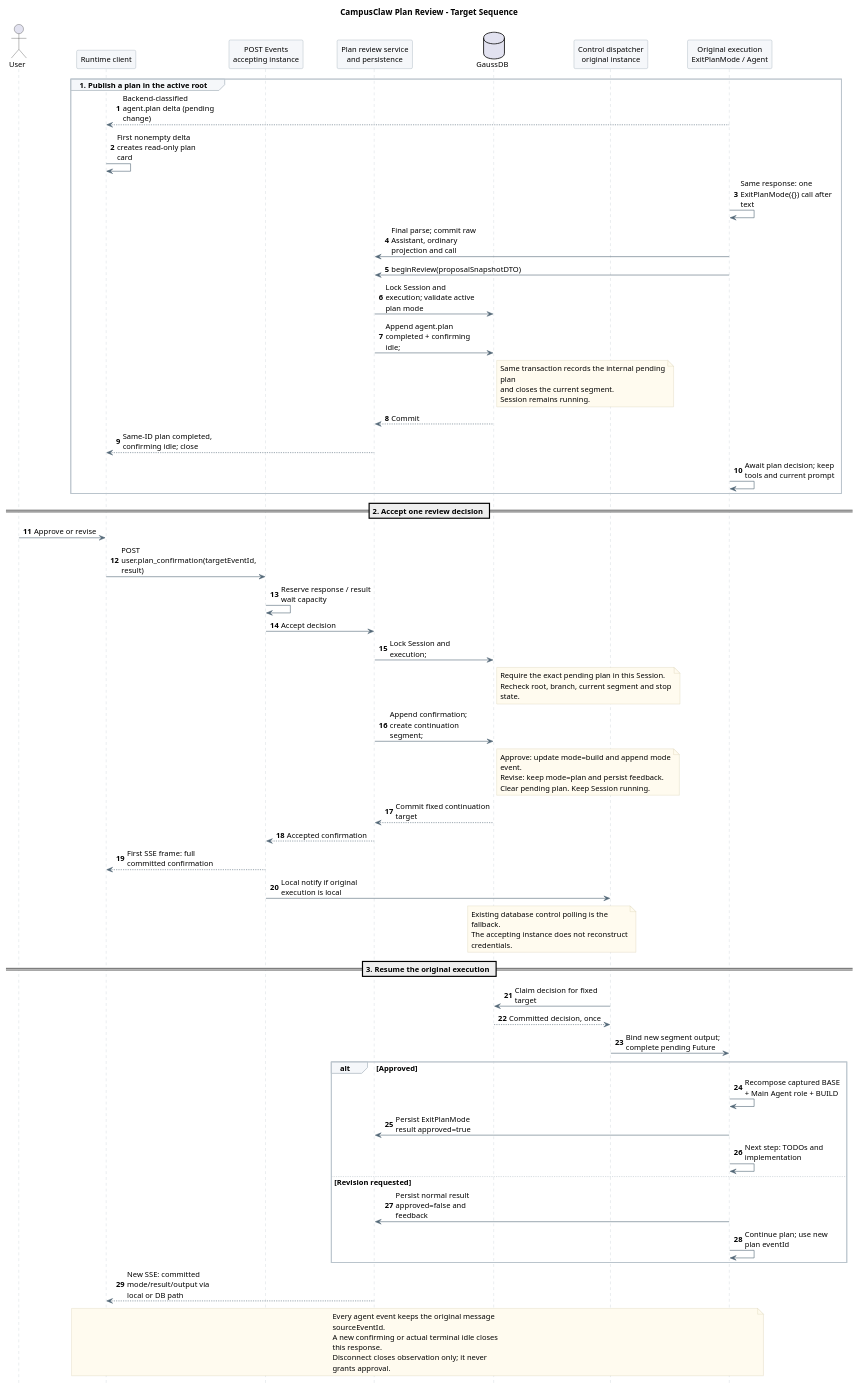
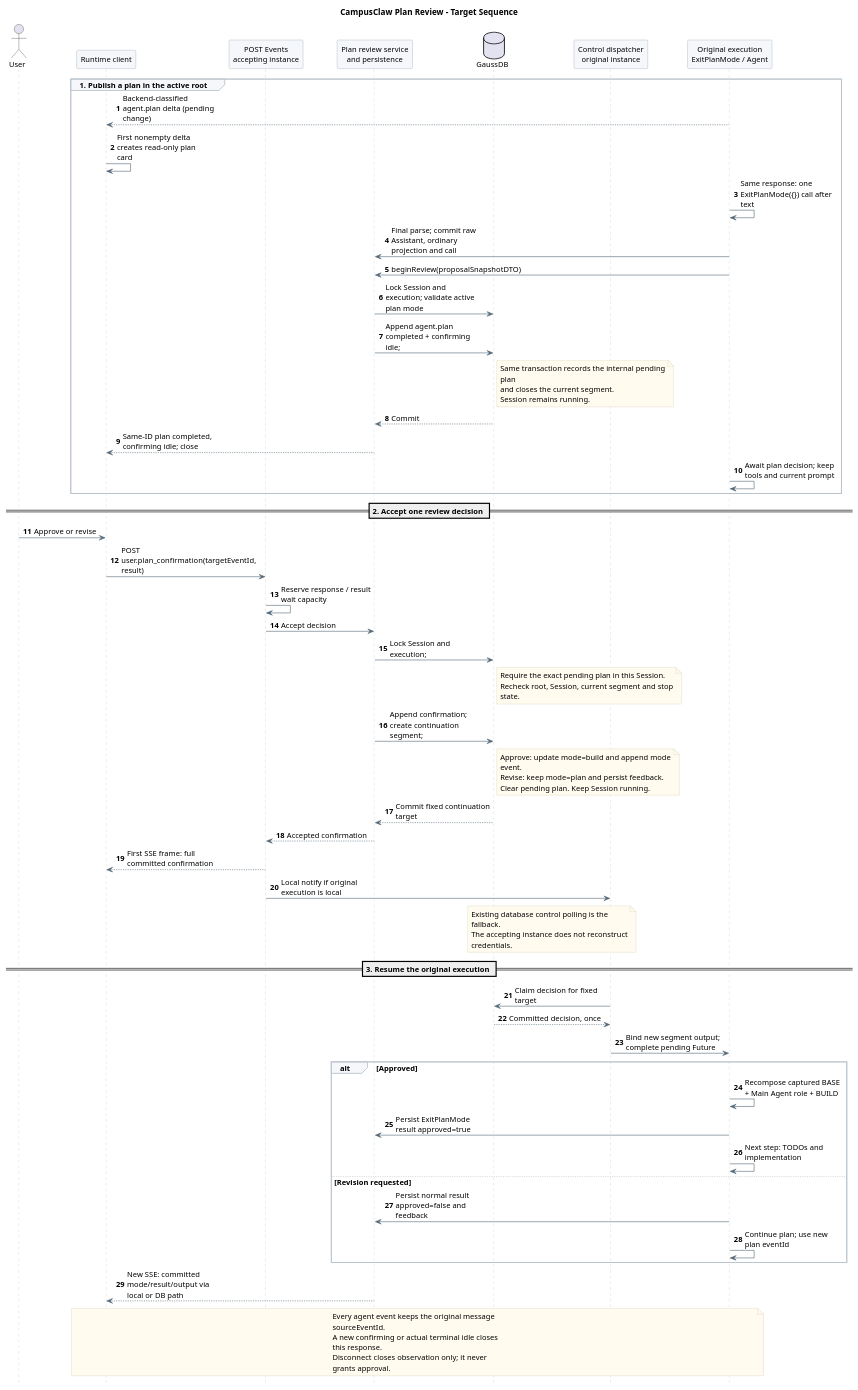
Before and after one commit to ssm0808/pi-mono-java-design: the second of 7 diagrams in 01-总体架构/06-CampusClaw计划模式/diagram.puml, drawn with PlantUML. The commit also changed other lines of this file and 26 other files, not shown here.

```diff
--- a/01-总体架构/06-CampusClaw计划模式/diagram.puml
+++ b/01-总体架构/06-CampusClaw计划模式/diagram.puml
@@ -336,102 +336,102 @@
 @startuml plan_mode_review_sequence
 skinparam backgroundColor white
 skinparam defaultFontName SansSerif
 skinparam defaultFontSize 13
 skinparam shadowing false
 skinparam sequenceMessageAlign left
 skinparam maxMessageSize 165
 skinparam sequenceArrowColor #526777
 skinparam sequenceLifeLineBorderColor #BAC4CC
 skinparam sequenceParticipantBackgroundColor #F5F7FA
 skinparam sequenceParticipantBorderColor #8496A4
 skinparam sequenceGroupBackgroundColor #F5F7FA
 skinparam sequenceGroupBorderColor #BAC4CC
 skinparam noteBackgroundColor #FFFBEF
 skinparam noteBorderColor #D2C6A5
 hide footbox
 autonumber
 ' Source baseline: pi-mono-java 09b32d8ea4a4b43b34be302d8b2745bdc417c9a2.
 ' Source: modules/coding-agent-cli/src/main/java/com/campusclaw/codingagent/runtimeapi/event/RuntimeControlEventService.java :: accept.
 ' Source: modules/coding-agent-cli/src/main/java/com/campusclaw/codingagent/runtimeapi/persistence/MyBatisRuntimeExecutionControlRepository.java :: markConfirming, acceptConfirmation, claimConfirmation.
 ' Source: modules/coding-agent-cli/src/main/java/com/campusclaw/codingagent/runtimeapi/runtime/RuntimeSessionControlDispatcher.java :: dispatchConfirmation.
 ' Observed behavior: tool confirmation closes one response and resumes through a new fixed segment.
 ' Design reason: plan review reuses this transport and durable handoff.
 ' Java divergence: immutable plan event identity is the approval target; tool permissions remain separate.
 title CampusClaw Plan Review - Target Sequence
 actor User
 participant "Runtime client" as UI
 participant "POST Events\naccepting instance" as API
 participant "Plan review service\nand persistence" as Service
 database GaussDB as DB
 participant "Control dispatcher\noriginal instance" as Dispatcher
 participant "Original execution\nExitPlanMode / Agent" as Agent
 
 group 1. Publish a plan in the active root
   Agent --> UI : Backend-classified agent.plan delta (pending change)
   UI -> UI : First nonempty delta creates read-only plan card
   Agent -> Agent : Same response: one ExitPlanMode({}) call after text
   Agent -> Service : Final parse; commit raw Assistant, ordinary projection and call
   Agent -> Service : beginReview(proposalSnapshotDTO)
   Service -> DB : Lock Session and execution; validate active plan mode
   Service -> DB : Append agent.plan completed + confirming idle;
   note right of DB
   Same transaction records the internal pending
   plan
   and closes the current segment.
   Session remains running.
   end note
   DB --> Service : Commit
   Service --> UI : Same-ID plan completed, confirming idle; close
   Agent -> Agent : Await plan decision; keep tools and current prompt
 end
 
 == 2. Accept one review decision ==
 User -> UI : Approve or revise
 UI -> API : POST user.plan_confirmation(targetEventId, result)
 API -> API : Reserve response / result wait capacity
 API -> Service : Accept decision
 Service -> DB : Lock Session and execution;
 note right of DB
   Require the exact pending plan in this Session.
-  Recheck root, branch, current segment and stop
+  Recheck root, Session, current segment and stop
   state.
 end note
 Service -> DB : Append confirmation; create continuation segment;
 note right of DB
   Approve: update mode=build and append mode
   event.
   Revise: keep mode=plan and persist feedback.
   Clear pending plan. Keep Session running.
 end note
 DB --> Service : Commit fixed continuation target
 Service --> API : Accepted confirmation
 API --> UI : First SSE frame: full committed confirmation
 API -> Dispatcher : Local notify if original execution is local
 note over DB,Dispatcher
   Existing database control polling is the
   fallback.
   The accepting instance does not reconstruct
   credentials.
 end note
 == 3. Resume the original execution ==
 Dispatcher -> DB : Claim decision for fixed target
 DB --> Dispatcher : Committed decision, once
 Dispatcher -> Agent : Bind new segment output; complete pending Future
 alt Approved
   Agent -> Agent : Recompose captured BASE + Main Agent role + BUILD
   Agent -> Service : Persist ExitPlanMode result approved=true
   Agent -> Agent : Next step: TODOs and implementation
 else Revision requested
   Agent -> Service : Persist normal result approved=false and feedback
   Agent -> Agent : Continue plan; use new plan eventId
 end
 Service --> UI : New SSE: committed mode/result/output via local or DB path
 note over UI,Agent
   Every agent event keeps the original message
   sourceEventId.
   A new confirming or actual terminal idle closes
   this response.
   Disconnect closes observation only; it never
   grants approval.
 end note
 @enduml
```
